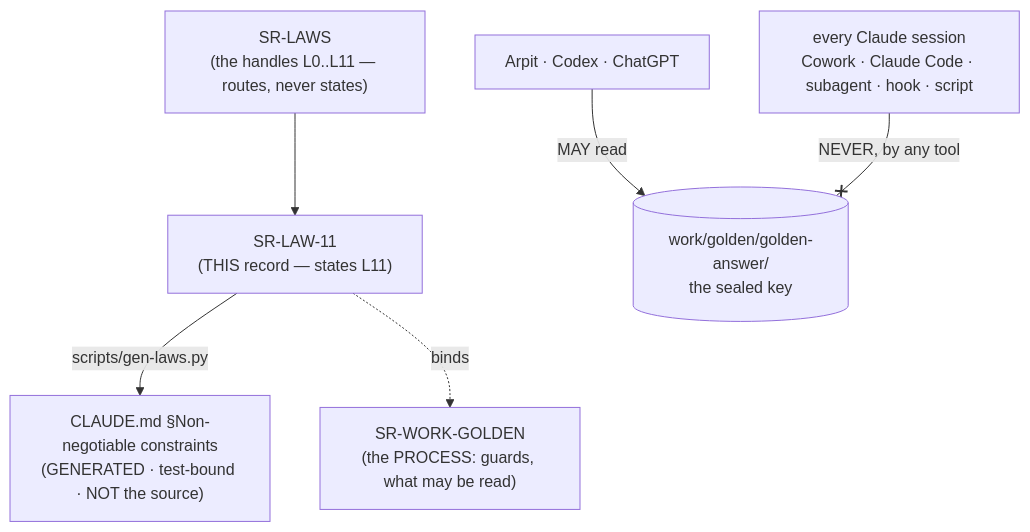
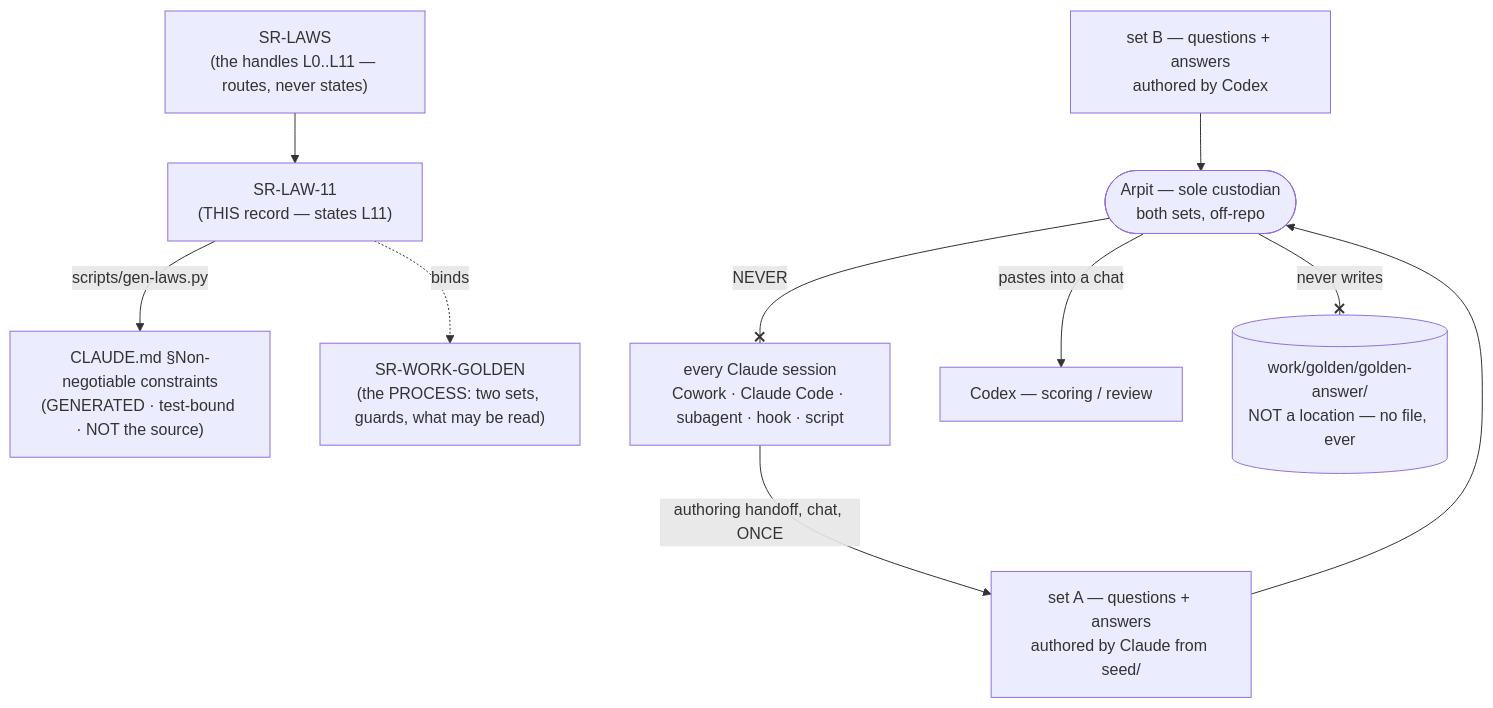
Before and after one commit to arpitarya/fux: the diagram in records/0012_LAW-11-sealed-answer-key.md, drawn with Mermaid. The commit also changed other lines of this file and 18 other files, not shown here.

First line of the commit message:
golden: two question sets, and the answer key stops being a file

````diff
--- a/records/0012_LAW-11-sealed-answer-key.md
+++ b/records/0012_LAW-11-sealed-answer-key.md
@@ -55,15 +72,22 @@
 ```mermaid
 flowchart TD
     N["SR-LAWS<br/>(the handles L0..L11 — routes, never states)"]
     L["SR-LAW-11<br/>(THIS record — states L11)"]
     C["CLAUDE.md §Non-negotiable constraints<br/>(GENERATED · test-bound · NOT the source)"]
-    P["SR-WORK-GOLDEN<br/>(the PROCESS: guards, what may be read)"]
-    K[("work/golden/golden-answer/<br/>the sealed key")]
-    A["Arpit · Codex · ChatGPT"]
+    P["SR-WORK-GOLDEN<br/>(the PROCESS: two sets, guards, what may be read)"]
+    A(["Arpit — sole custodian<br/>both sets, off-repo"])
+    SA["set A — questions + answers<br/>authored by Claude from seed/"]
+    SB["set B — questions + answers<br/>authored by Codex"]
     X["every Claude session<br/>Cowork · Claude Code · subagent · hook · script"]
+    CX["Codex — scoring / review"]
+    K[("work/golden/golden-answer/<br/>NOT a location — no file, ever")]
     N --> L
     L -- "scripts/gen-laws.py" --> C
     L -. "binds" .-> P
-    A -- "MAY read" --> K
-    X -- "NEVER, by any tool" --x K
+    X -- "authoring handoff, chat, ONCE" --> SA
+    SA --> A
+    SB --> A
+    A -- "pastes into a chat" --> CX
+    A -- "NEVER" --x X
+    A -- "never writes" --x K
 ```
````
